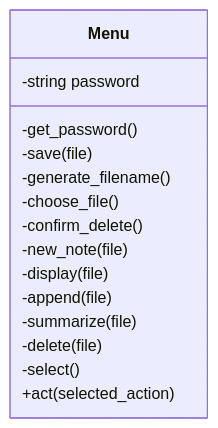
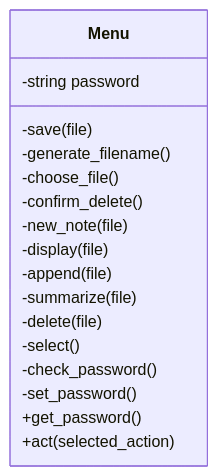
The diagram in LLD_Diagrams/Menu Class Diagram.md (t-drape/SE300_Secure_Notes_App), drawn with Mermaid before and after one commit.

Commit message:
Update Menu class diagram with password methods
Added methods for password management in Menu class.

````diff
--- a/LLD_Diagrams/Menu Class Diagram.md
+++ b/LLD_Diagrams/Menu Class Diagram.md
@@ -1,18 +1,20 @@
 ```mermaid
 classDiagram
     class Menu {
         -string password
-        -get_password()
         -save(file)
         -generate_filename()
         -choose_file()
         -confirm_delete()
         -new_note(file)
         -display(file)
         -append(file)
         -summarize(file)
         -delete(file)
         -select()
+        -check_password()
+        -set_password()
+        +get_password()
         +act(selected_action)
     }
 ```
````
